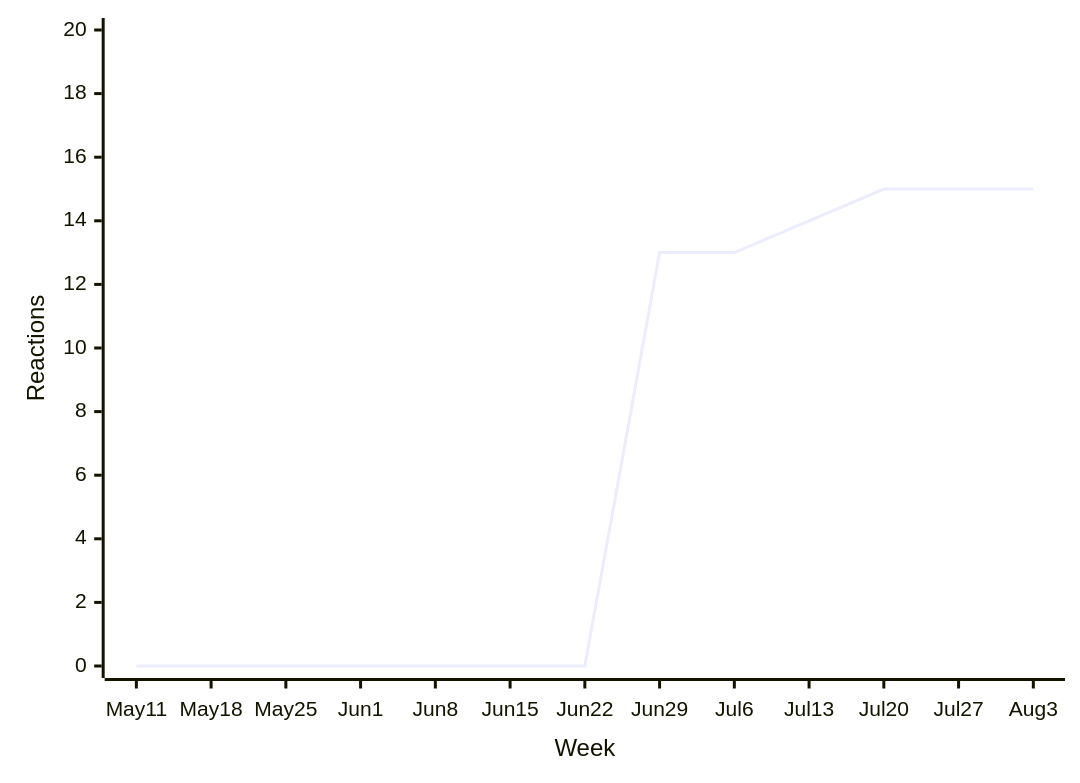
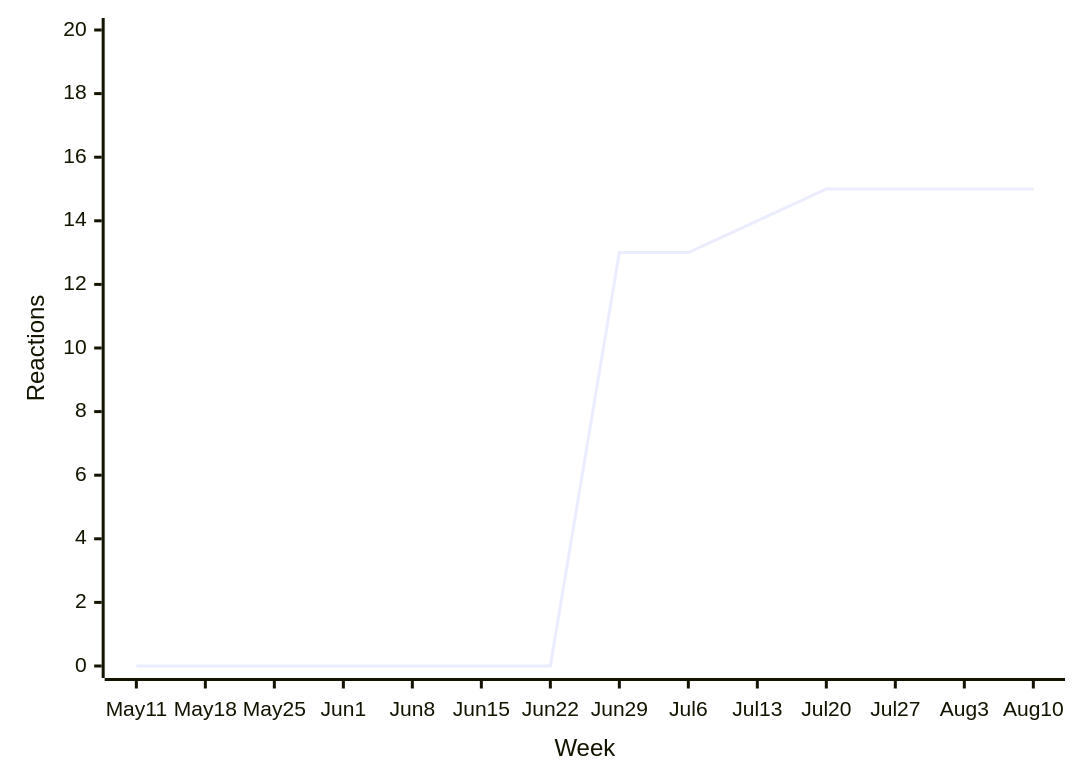
Diagram 12 of 43 in README.md (loic-sharma/github-insights), drawn with Mermaid before and after one commit. The commit also changed other lines of this file and 3 other files, not shown here.

````diff
--- a/README.md
+++ b/README.md
@@ -526,6 +526,6 @@
   ```mermaid
   xychart-beta
-    x-axis "Week" [May 11, May 18, May 25, Jun 1, Jun 8, Jun 15, Jun 22, Jun 29, Jul 6, Jul 13, Jul 20, Jul 27, Aug 3]
+    x-axis "Week" [May 11, May 18, May 25, Jun 1, Jun 8, Jun 15, Jun 22, Jun 29, Jul 6, Jul 13, Jul 20, Jul 27, Aug 3, Aug 10]
     y-axis "Reactions" 0 --> 20
-    line [0, 0, 0, 0, 0, 0, 0, 13, 13, 14, 15, 15, 15]
+    line [0, 0, 0, 0, 0, 0, 0, 13, 13, 14, 15, 15, 15, 15]
   ```
````
